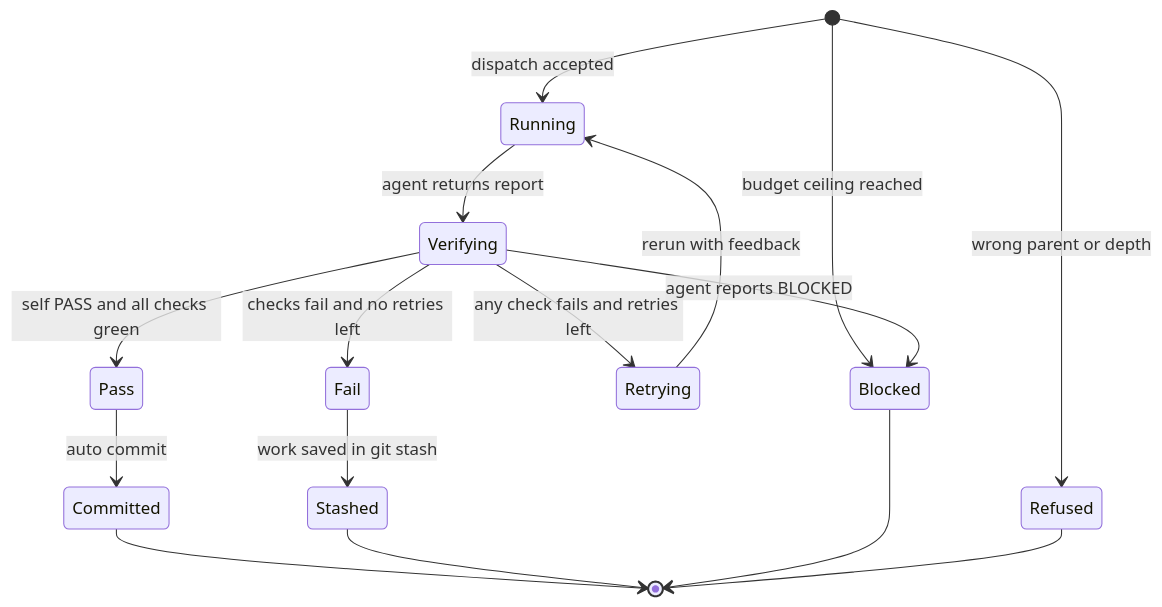
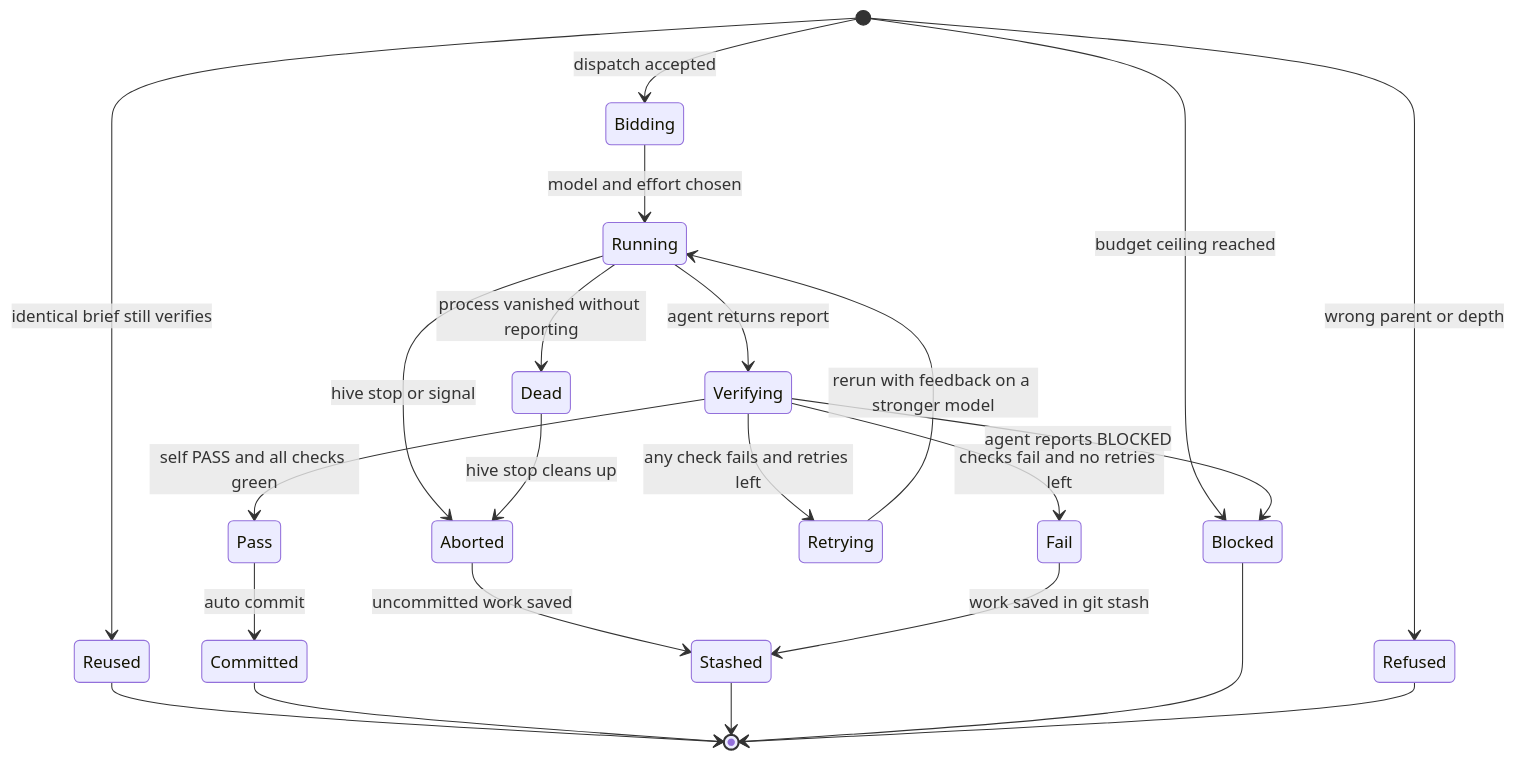
The third of 4 diagrams in docs/system/04-dispatch-lifecycle.md (Waleed178-del/lets-do-it), drawn with Mermaid before and after one commit. The commit also changed other lines of this file and 14 other files, not shown here.

First line of the commit message:
Enforce delegation in the engine, add @commands verify, diagrams for 2.0

````diff
--- a/docs/system/04-dispatch-lifecycle.md
+++ b/docs/system/04-dispatch-lifecycle.md
@@ -69,18 +73,25 @@
 ```mermaid
 stateDiagram-v2
     [*] --> Refused: wrong parent or depth
     [*] --> Blocked: budget ceiling reached
-    [*] --> Running: dispatch accepted
+    [*] --> Reused: identical brief still verifies
+    [*] --> Bidding: dispatch accepted
+    Bidding --> Running: model and effort chosen
     Running --> Verifying: agent returns report
+    Running --> Aborted: hive stop or signal
+    Running --> Dead: process vanished without reporting
+    Dead --> Aborted: hive stop cleans up
+    Aborted --> Stashed: uncommitted work saved
     Verifying --> Pass: self PASS and all checks green
     Verifying --> Retrying: any check fails and retries left
-    Retrying --> Running: rerun with feedback
+    Retrying --> Running: rerun with feedback on a stronger model
     Verifying --> Fail: checks fail and no retries left
     Verifying --> Blocked: agent reports BLOCKED
     Pass --> Committed: auto commit
     Fail --> Stashed: work saved in git stash
+    Reused --> [*]
     Committed --> [*]
     Stashed --> [*]
     Blocked --> [*]
     Refused --> [*]
 ```
````
